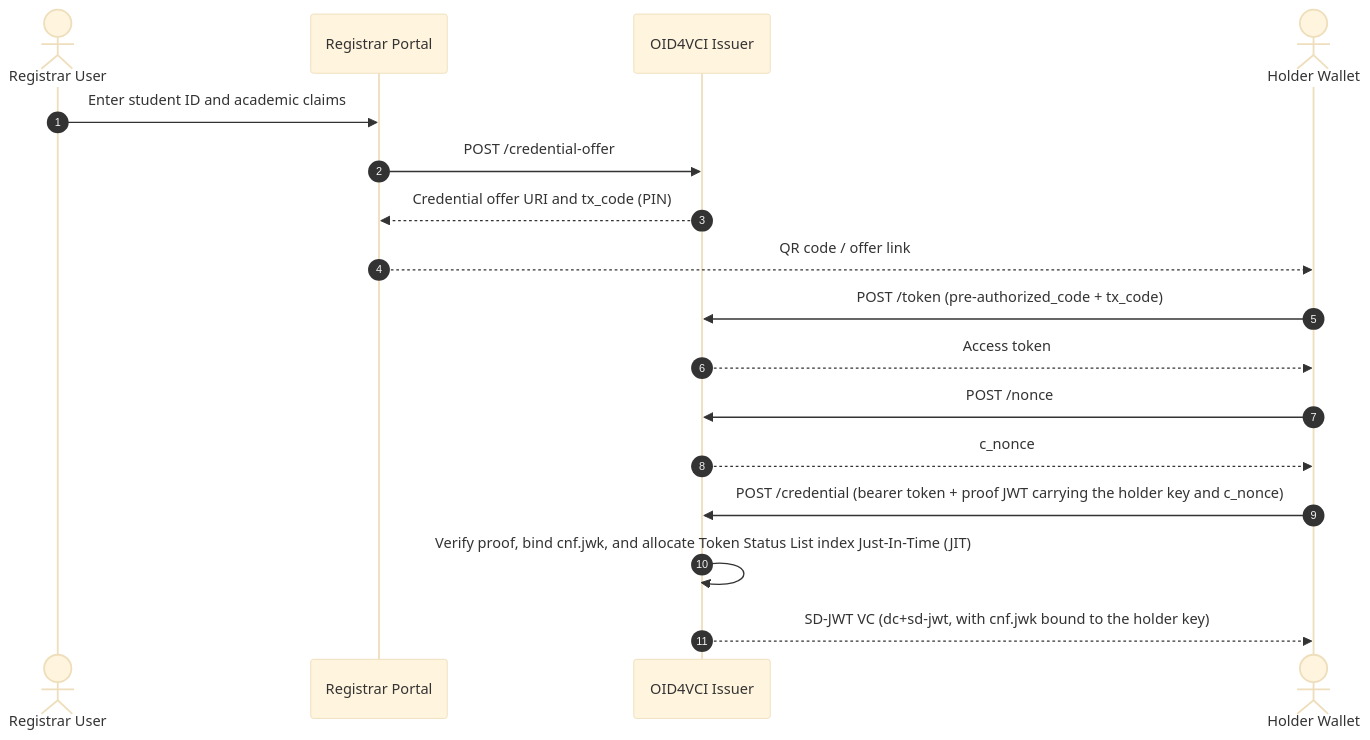
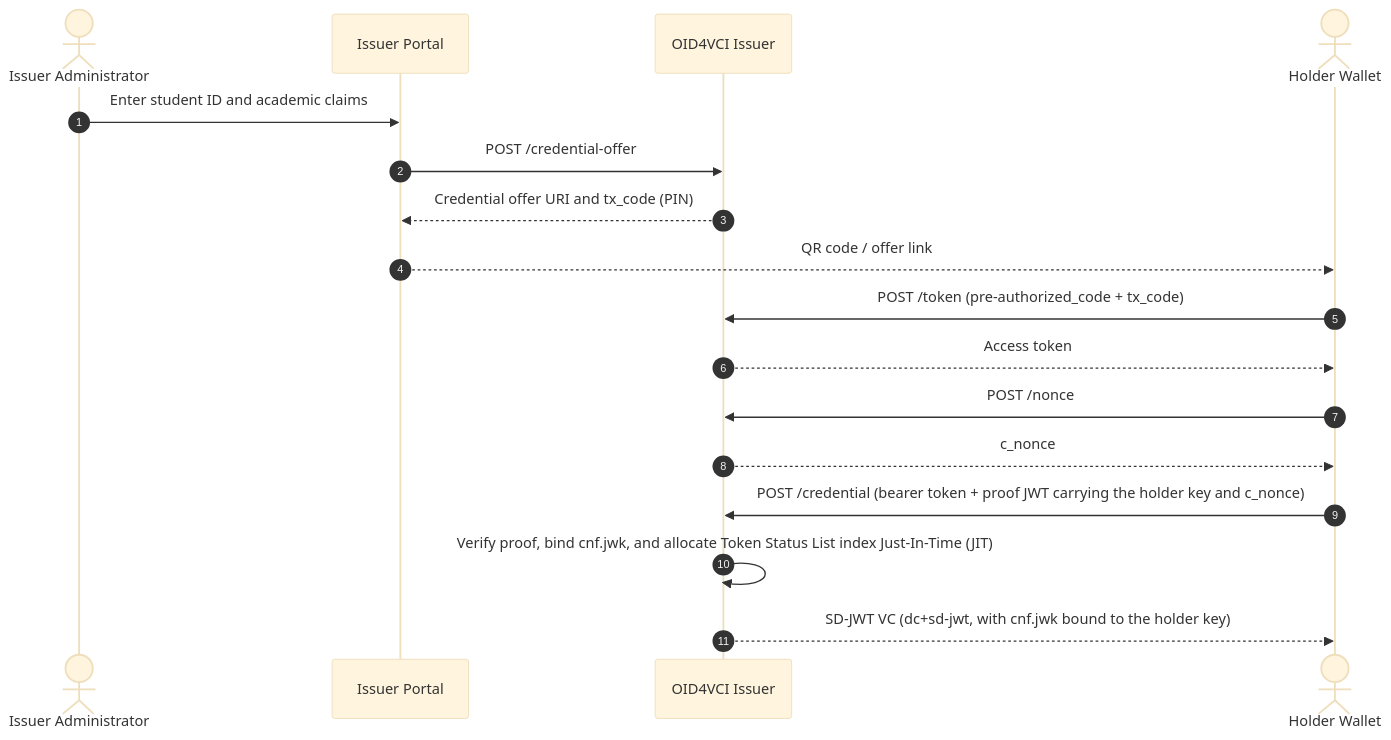
One commit to huypengin/UniDipVeri changed the diagram in apps/issuer/README.md. Above: the diagram before and after it, drawn with Mermaid (base theme). The commit also changed other lines of this file and 23 other files, not shown here.

First line of the commit message:
refactor(issuer): standardize terminology from registrar to issuer

````diff
--- a/apps/issuer/README.md
+++ b/apps/issuer/README.md
@@ -19,20 +19,20 @@
 ```mermaid
 sequenceDiagram
     autonumber
-    actor Admin as Registrar User
-    participant Portal as Registrar Portal
+    actor Admin as Issuer Administrator
+    participant Portal as Issuer Portal
     participant Issuer as OID4VCI Issuer
     actor Holder as Holder Wallet
 
     Admin->>Portal: Enter student ID and academic claims
     Portal->>Issuer: POST /credential-offer
     Issuer-->>Portal: Credential offer URI and tx_code (PIN)
     Portal-->>Holder: QR code / offer link
     Holder->>Issuer: POST /token (pre-authorized_code + tx_code)
     Issuer-->>Holder: Access token
     Holder->>Issuer: POST /nonce
     Issuer-->>Holder: c_nonce
     Holder->>Issuer: POST /credential (bearer token + proof JWT carrying the holder key and c_nonce)
     Issuer->>Issuer: Verify proof, bind cnf.jwk, and allocate Token Status List index Just-In-Time (JIT)
     Issuer-->>Holder: SD-JWT VC (dc+sd-jwt, with cnf.jwk bound to the holder key)
 ```
````
